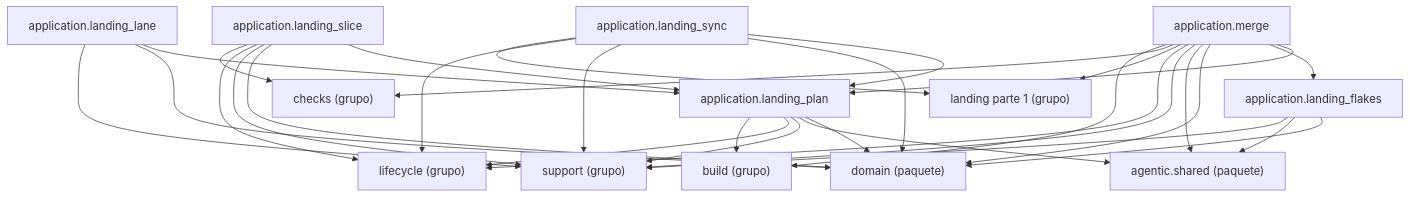
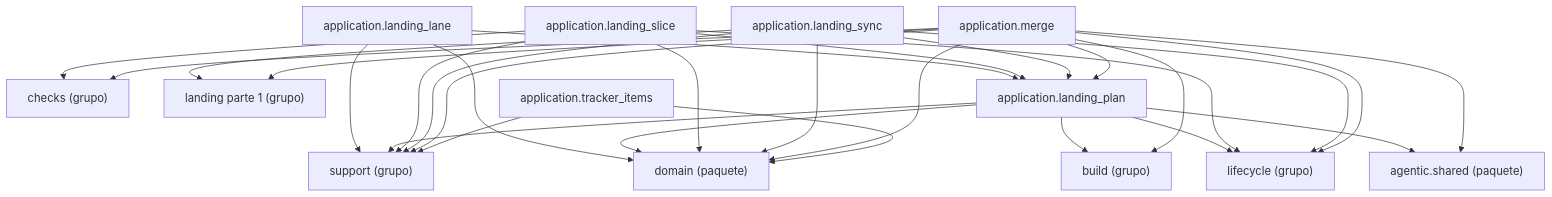
The diagram in docs/architecture/generated/packages-process-application-landing-2.md (GonzaloZevallos/agentic-system), drawn with Mermaid before and after one commit. The commit also changed 6 other files, not shown here.

Commit message:
Merge master into GH-689; place application.tracker_items in the landing cluster now that reflection is full

````diff
--- a/docs/architecture/generated/packages-process-application-landing-2.md
+++ b/docs/architecture/generated/packages-process-application-landing-2.md
@@ -16,46 +16,44 @@
 ```mermaid
 graph TD
     g_application__build["build (grupo)"]
     g_application__checks["checks (grupo)"]
     g_application__landing__1["landing parte 1 (grupo)"]
     g_application__lifecycle["lifecycle (grupo)"]
     g_application__support["support (grupo)"]
     g_pkg__agentic__shared["agentic.shared (paquete)"]
     g_pkg__domain["domain (paquete)"]
-    m_application__landing_flakes["application.landing_flakes"]
     m_application__landing_lane["application.landing_lane"]
     m_application__landing_plan["application.landing_plan"]
     m_application__landing_slice["application.landing_slice"]
     m_application__landing_sync["application.landing_sync"]
     m_application__merge["application.merge"]
-    m_application__landing_flakes --> g_application__support
-    m_application__landing_flakes --> g_pkg__agentic__shared
-    m_application__landing_flakes --> g_pkg__domain
+    m_application__tracker_items["application.tracker_items"]
     m_application__landing_lane --> g_application__support
     m_application__landing_lane --> g_pkg__domain
     m_application__landing_lane --> m_application__landing_plan
     m_application__landing_plan --> g_application__build
     m_application__landing_plan --> g_application__lifecycle
     m_application__landing_plan --> g_application__support
     m_application__landing_plan --> g_pkg__agentic__shared
     m_application__landing_plan --> g_pkg__domain
     m_application__landing_slice --> g_application__checks
     m_application__landing_slice --> g_application__lifecycle
     m_application__landing_slice --> g_application__support
     m_application__landing_slice --> g_pkg__domain
     m_application__landing_slice --> m_application__landing_plan
     m_application__landing_sync --> g_application__landing__1
     m_application__landing_sync --> g_application__lifecycle
     m_application__landing_sync --> g_application__support
     m_application__landing_sync --> g_pkg__domain
     m_application__landing_sync --> m_application__landing_plan
     m_application__merge --> g_application__build
     m_application__merge --> g_application__checks
     m_application__merge --> g_application__landing__1
     m_application__merge --> g_application__lifecycle
     m_application__merge --> g_application__support
     m_application__merge --> g_pkg__agentic__shared
     m_application__merge --> g_pkg__domain
-    m_application__merge --> m_application__landing_flakes
     m_application__merge --> m_application__landing_plan
+    m_application__tracker_items --> g_application__support
+    m_application__tracker_items --> g_pkg__domain
 ```
````
